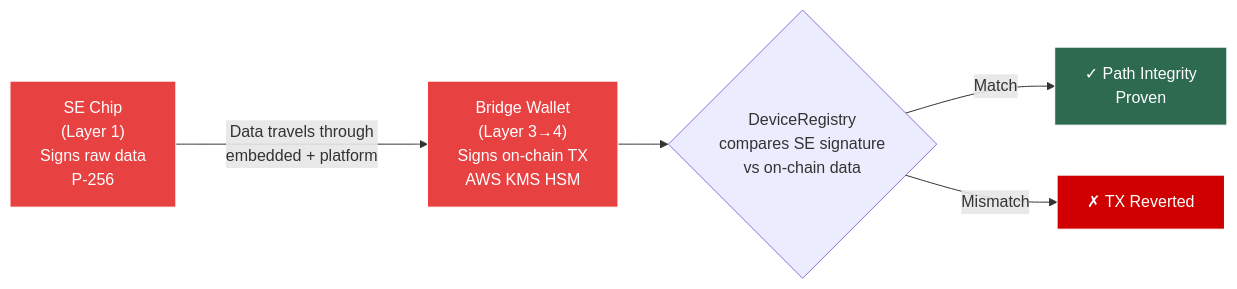
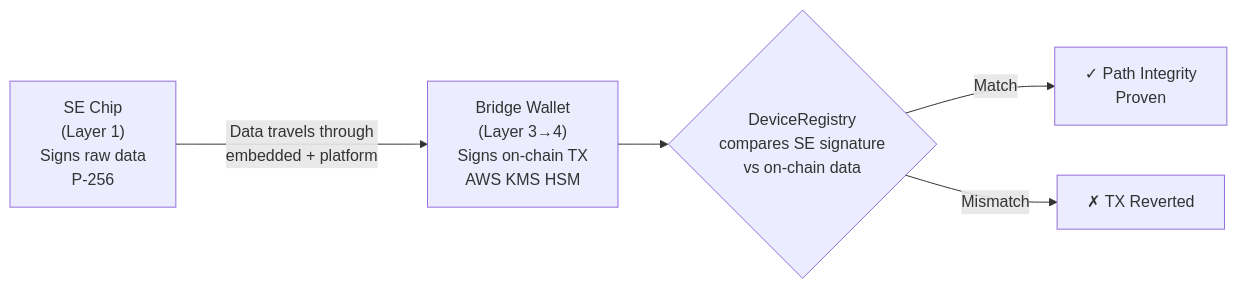
One commit to bbororo5/EnergyFi changed the second of 4 diagrams in README.md. Above: the diagram before and after it, drawn with Mermaid. The commit also changed other lines of this file, not shown here.

First line of the commit message:
docs: fix mermaid diagram readability for GitHub light theme

````diff
--- a/README.md
+++ b/README.md
@@ -77,14 +68,9 @@
 ```mermaid
 flowchart LR
     A["SE Chip\n(Layer 1)\nSigns raw data\nP-256"] --->|"Data travels through\nembedded + platform"| B["Bridge Wallet\n(Layer 3→4)\nSigns on-chain TX\nAWS KMS HSM"]
 
     B --> C{"DeviceRegistry\ncompares SE signature\nvs on-chain data"}
 
     C -->|Match| D["✓ Path Integrity\nProven"]
     C -->|Mismatch| E["✗ TX Reverted"]
-
-    style A fill:#E84142,stroke:#fff,color:#fff
-    style B fill:#E84142,stroke:#fff,color:#fff
-    style D fill:#2d6a4f,stroke:#fff,color:#fff
-    style E fill:#d00000,stroke:#fff,color:#fff
 ```
````
